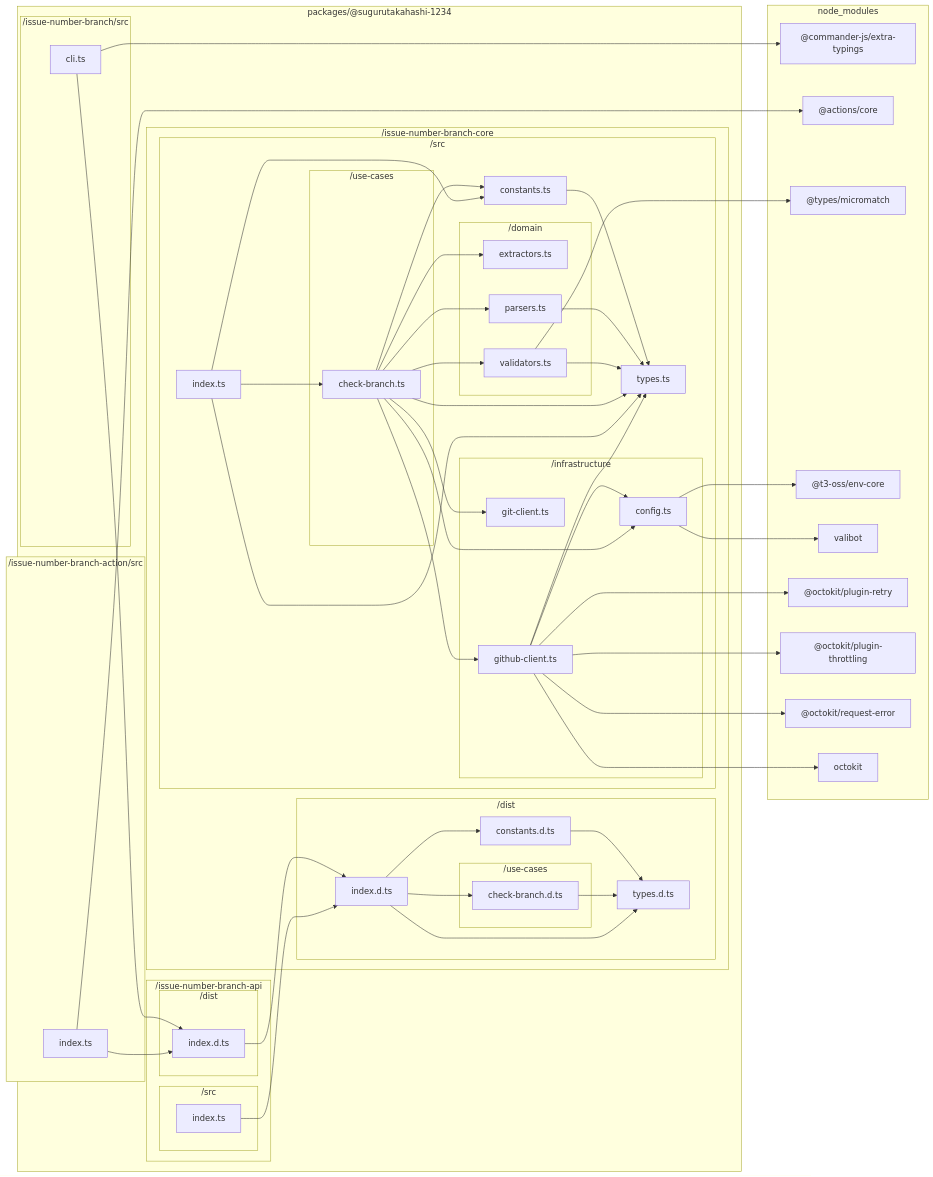
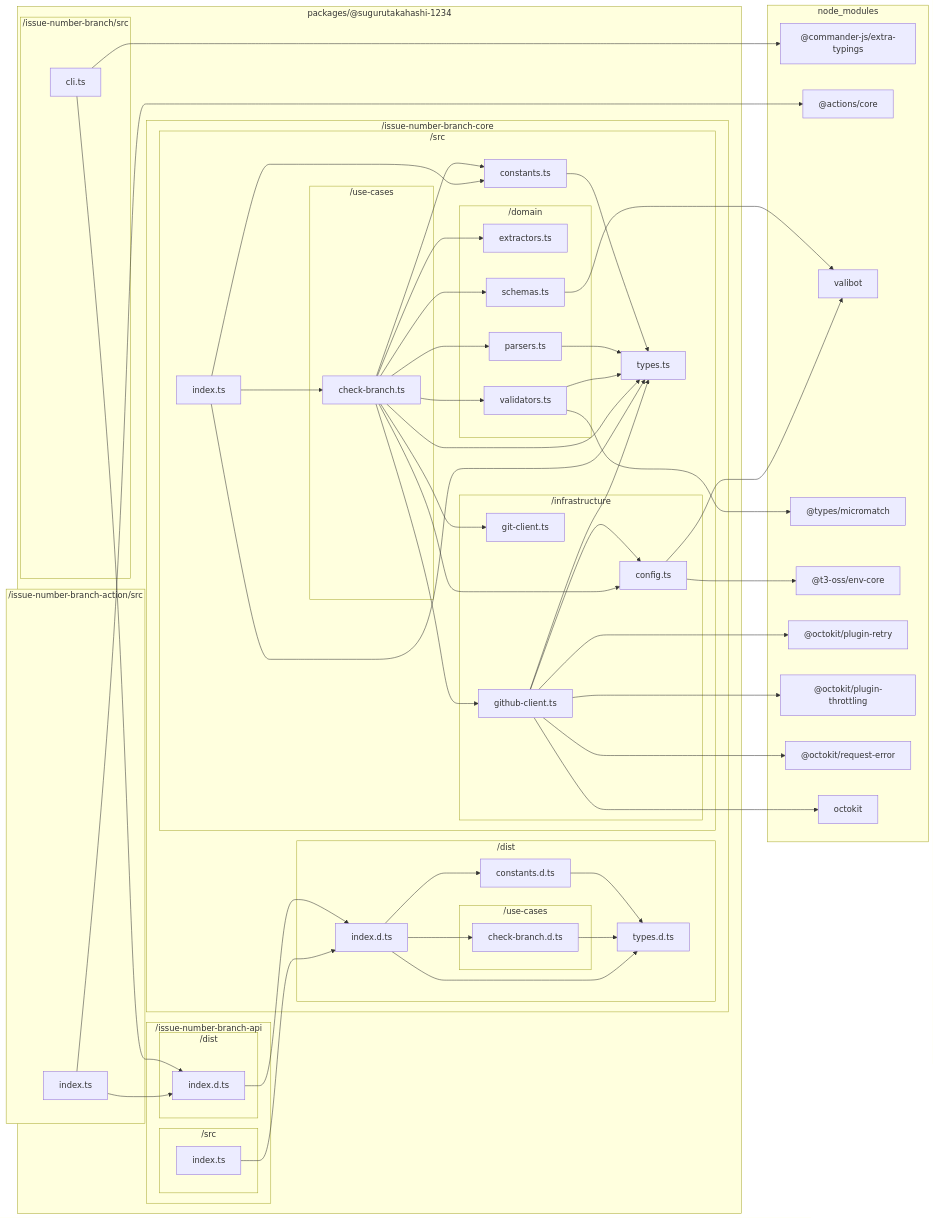
One commit to sugurutakahashi-1234/issue-linker changed the diagram in docs/reports/dependencies/all.md. Above: the diagram before and after it, drawn with Mermaid. The commit also changed 8 other files, not shown here.

First line of the commit message:
feat: add validation schemas for check options  [deps-change]

```diff
--- a/docs/reports/dependencies/all.md
+++ b/docs/reports/dependencies/all.md
@@ -23,6 +23,7 @@
                 subgraph packages///sugurutakahashi//1234/issue//number//branch//core/src/domain["/domain"]
                     packages///sugurutakahashi//1234/issue//number//branch//core/src/domain/extractors.ts["extractors.ts"]
                     packages///sugurutakahashi//1234/issue//number//branch//core/src/domain/parsers.ts["parsers.ts"]
+                    packages///sugurutakahashi//1234/issue//number//branch//core/src/domain/schemas.ts["schemas.ts"]
                     packages///sugurutakahashi//1234/issue//number//branch//core/src/domain/validators.ts["validators.ts"]
                 end
                 subgraph packages///sugurutakahashi//1234/issue//number//branch//core/src/infrastructure["/infrastructure"]
@@ -53,9 +54,9 @@
     subgraph node//modules["node_modules"]
         node//modules///commander//js/extra//typings/index.d.ts["@commander-js/extra-typings"]
         node//modules///actions/core/lib/core.d.ts["@actions/core"]
+        node//modules/valibot/dist/index.d.cts["valibot"]
         node//modules///types/micromatch/index.d.ts["@types/micromatch"]
         node//modules///t3//oss/env//core/dist/index.d.ts["@t3-oss/env-core"]
-        node//modules/valibot/dist/index.d.cts["valibot"]
         node//modules///octokit/plugin//retry/dist//types/index.d.ts["@octokit/plugin-retry"]
         node//modules///octokit/plugin//throttling/dist//types/index.d.ts["@octokit/plugin-throttling"]
         node//modules///octokit/request//error/dist//types/index.d.ts["@octokit/request-error"]
@@ -74,6 +75,7 @@
     packages///sugurutakahashi//1234/issue//number//branch//api/src/index.ts-->packages///sugurutakahashi//1234/issue//number//branch//core/dist/index.d.ts
     packages///sugurutakahashi//1234/issue//number//branch//core/src/constants.ts-->packages///sugurutakahashi//1234/issue//number//branch//core/src/types.ts
     packages///sugurutakahashi//1234/issue//number//branch//core/src/domain/parsers.ts-->packages///sugurutakahashi//1234/issue//number//branch//core/src/types.ts
+    packages///sugurutakahashi//1234/issue//number//branch//core/src/domain/schemas.ts-->node//modules/valibot/dist/index.d.cts
     packages///sugurutakahashi//1234/issue//number//branch//core/src/domain/validators.ts-->node//modules///types/micromatch/index.d.ts
     packages///sugurutakahashi//1234/issue//number//branch//core/src/domain/validators.ts-->packages///sugurutakahashi//1234/issue//number//branch//core/src/types.ts
     packages///sugurutakahashi//1234/issue//number//branch//core/src/infrastructure/config.ts-->node//modules///t3//oss/env//core/dist/index.d.ts
@@ -87,6 +89,7 @@
     packages///sugurutakahashi//1234/issue//number//branch//core/src/use//cases/check//branch.ts-->packages///sugurutakahashi//1234/issue//number//branch//core/src/constants.ts
     packages///sugurutakahashi//1234/issue//number//branch//core/src/use//cases/check//branch.ts-->packages///sugurutakahashi//1234/issue//number//branch//core/src/domain/extractors.ts
     packages///sugurutakahashi//1234/issue//number//branch//core/src/use//cases/check//branch.ts-->packages///sugurutakahashi//1234/issue//number//branch//core/src/domain/parsers.ts
+    packages///sugurutakahashi//1234/issue//number//branch//core/src/use//cases/check//branch.ts-->packages///sugurutakahashi//1234/issue//number//branch//core/src/domain/schemas.ts
     packages///sugurutakahashi//1234/issue//number//branch//core/src/use//cases/check//branch.ts-->packages///sugurutakahashi//1234/issue//number//branch//core/src/domain/validators.ts
     packages///sugurutakahashi//1234/issue//number//branch//core/src/use//cases/check//branch.ts-->packages///sugurutakahashi//1234/issue//number//branch//core/src/infrastructure/config.ts
     packages///sugurutakahashi//1234/issue//number//branch//core/src/use//cases/check//branch.ts-->packages///sugurutakahashi//1234/issue//number//branch//core/src/infrastructure/git//client.ts
```
